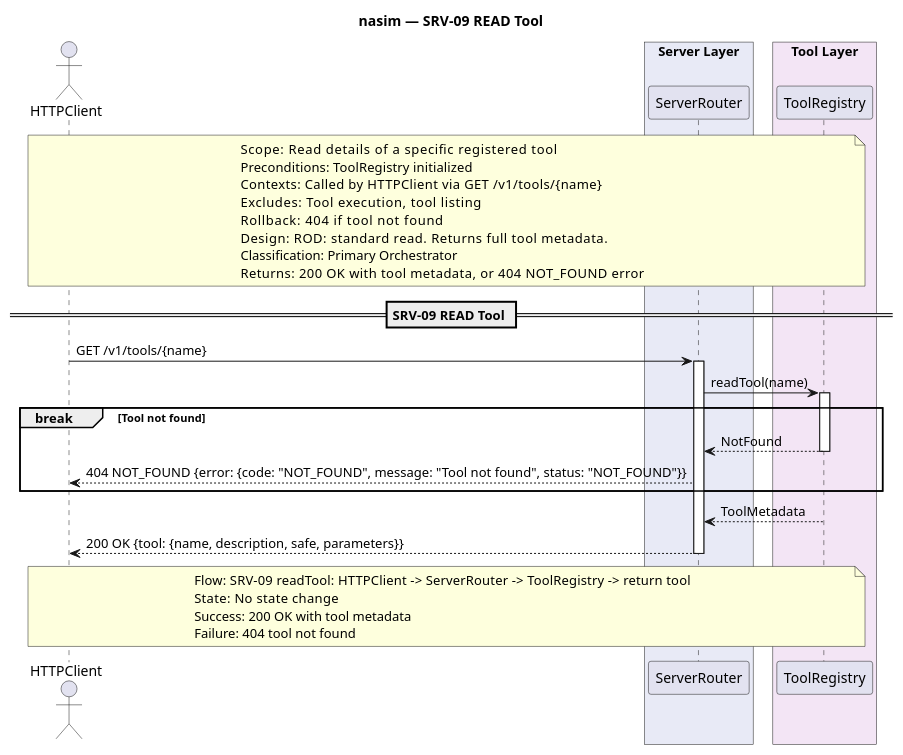
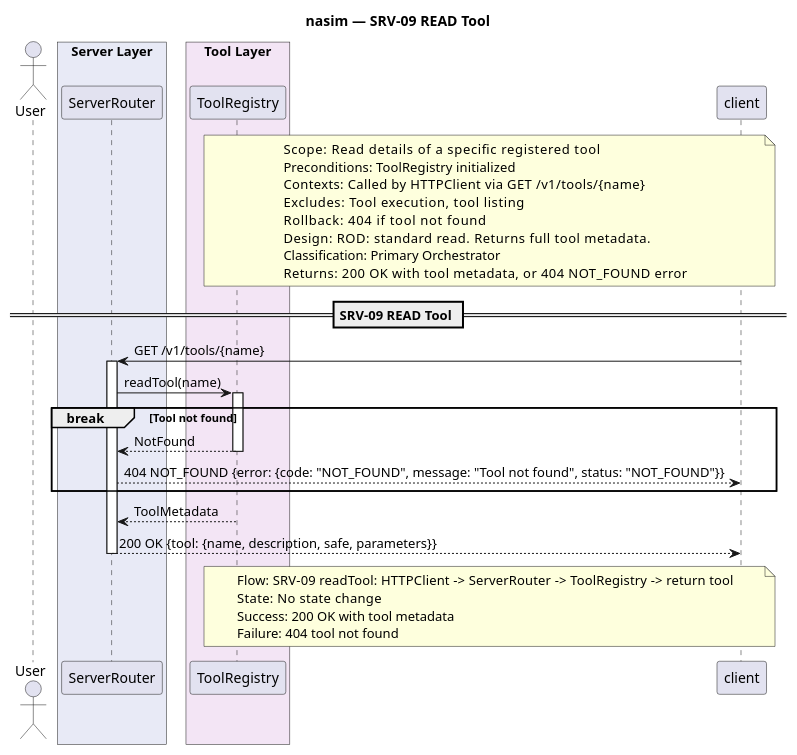
The diagram in docs/SQ/SRV/sq_srv09_read_tool.puml (salimnamvar/nasim), drawn with PlantUML before and after one commit. The commit also changed 163 other files, not shown here.

First line of the commit message:
docs: Refactor UC diagrams and documentation for API-First transformation

```diff
--- a/docs/SQ/SRV/sq_srv09_read_tool.puml
+++ b/docs/SQ/SRV/sq_srv09_read_tool.puml
@@ -1,61 +1,61 @@
 @startuml sq_srv09_read_tool
 ' ============================================================
 ' Title:     SRV-09 — READ Tool
 ' Boundary:  nasim code agent HTTP API
 ' Purpose:   Read details of a specific registered tool
 ' Milestone: v1.0
-' Version:   1.0.0
-' Source:    docs/UC/README.md
+' Version:   7.0.0
+' Source:    CAR refinement loop — API-First transformation
 ' Review:    docs/SQ/README.md
 ' ============================================================
 
 title nasim — SRV-09 READ Tool
 
-actor "HTTPClient" as client
+actor "User" as user
 
 box "Server Layer" #E8EAF6
   participant "ServerRouter" as router
 end box
 box "Tool Layer" #F3E5F5
   participant "ToolRegistry" as registry
 end box
 
 note over client, registry
   Scope:          Read details of a specific registered tool
   Preconditions:  ToolRegistry initialized
   Contexts:       Called by HTTPClient via GET /v1/tools/{name}
   Excludes:       Tool execution, tool listing
   Rollback:       404 if tool not found
   Design:         ROD: standard read. Returns full tool metadata.
   Classification: Primary Orchestrator
   Returns:        200 OK with tool metadata, or 404 NOT_FOUND error
 end note
 
 == SRV-09 READ Tool ==
 
 client -> router : GET /v1/tools/{name}
 activate router
 
 router -> registry : readTool(name)
 activate registry
 
 break Tool not found
   registry --> router : NotFound
   deactivate registry
   router --> client : 404 NOT_FOUND {error: {code: "NOT_FOUND", message: "Tool not found", status: "NOT_FOUND"}}
 end
 
 registry --> router : ToolMetadata
 deactivate registry
 
 router --> client : 200 OK {tool: {name, description, safe, parameters}}
 deactivate router
 
 note over client, registry
   Flow:    SRV-09 readTool: HTTPClient -> ServerRouter -> ToolRegistry -> return tool
   State:   No state change
   Success: 200 OK with tool metadata
   Failure: 404 tool not found
 end note
 
 @enduml
```
